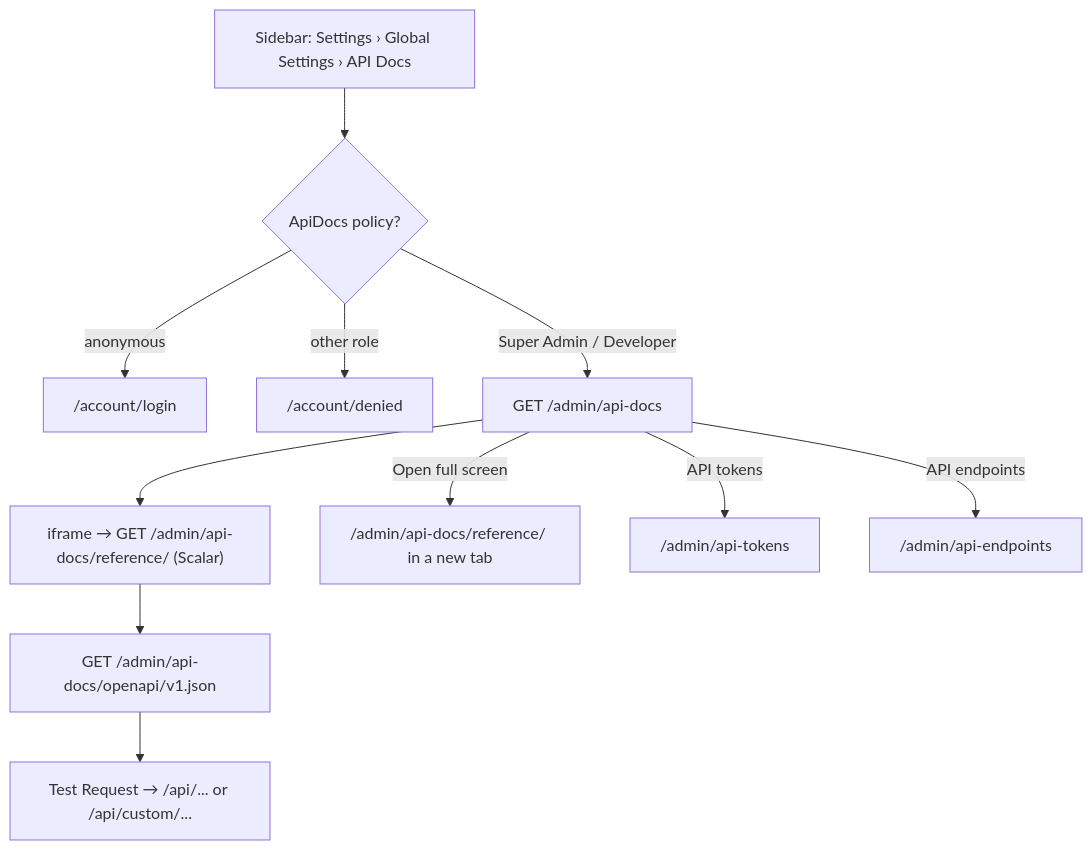
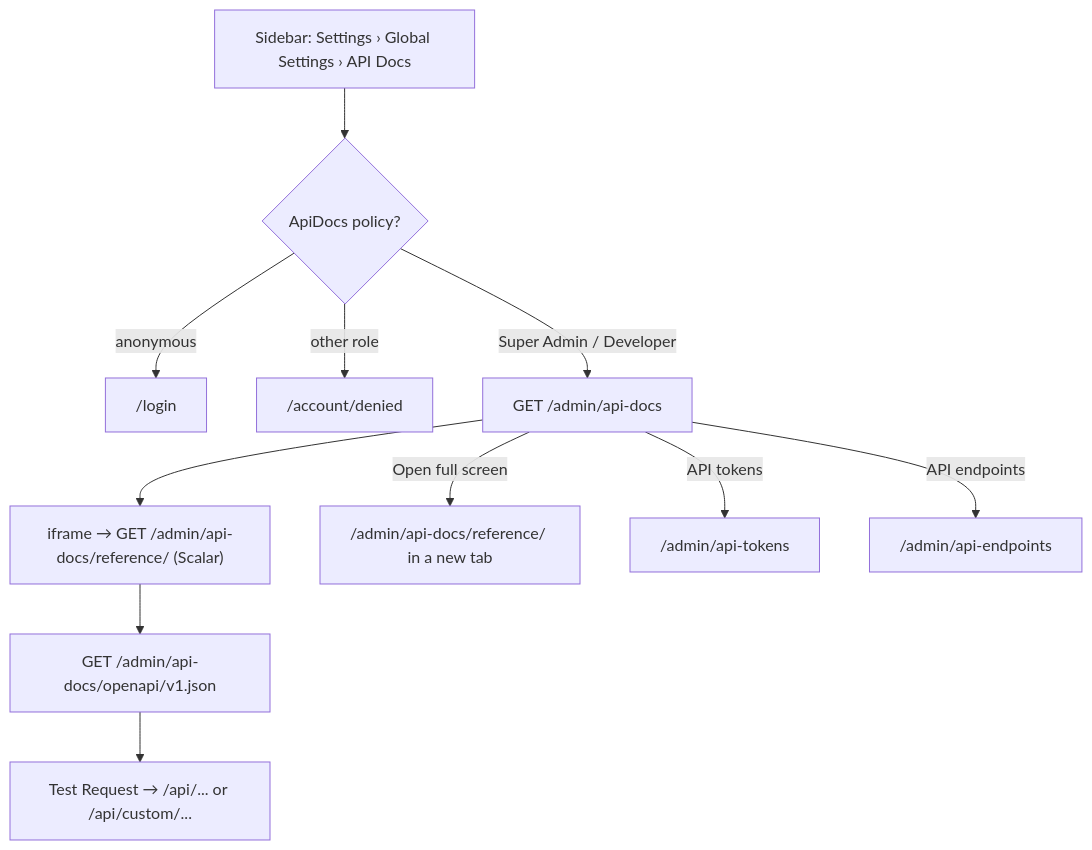
Before and after one commit to Albadit/DotNetForge: the second of 2 diagrams in .docs/pages/api-docs.md, drawn with Mermaid. The commit also changed other lines of this file and 303 other files, not shown here.

````diff
--- a/.docs/pages/api-docs.md
+++ b/.docs/pages/api-docs.md
@@ -198,13 +197,13 @@
 ```mermaid
 flowchart TD
     N["Sidebar: Settings › Global Settings › API Docs"] --> A{"ApiDocs policy?"}
-    A -- "anonymous" --> L["/account/login"]
+    A -- "anonymous" --> L["/login"]
     A -- "other role" --> X["/account/denied"]
     A -- "Super Admin / Developer" --> P["GET /admin/api-docs"]
     P --> F["iframe → GET /admin/api-docs/reference/ (Scalar)"]
     F --> J["GET /admin/api-docs/openapi/v1.json"]
     J --> T["Test Request → /api/... or /api/custom/..."]
     P -- "Open full screen" --> F2["/admin/api-docs/reference/ in a new tab"]
     P -- "API tokens" --> AT["/admin/api-tokens"]
     P -- "API endpoints" --> AE["/admin/api-endpoints"]
 ```
````
